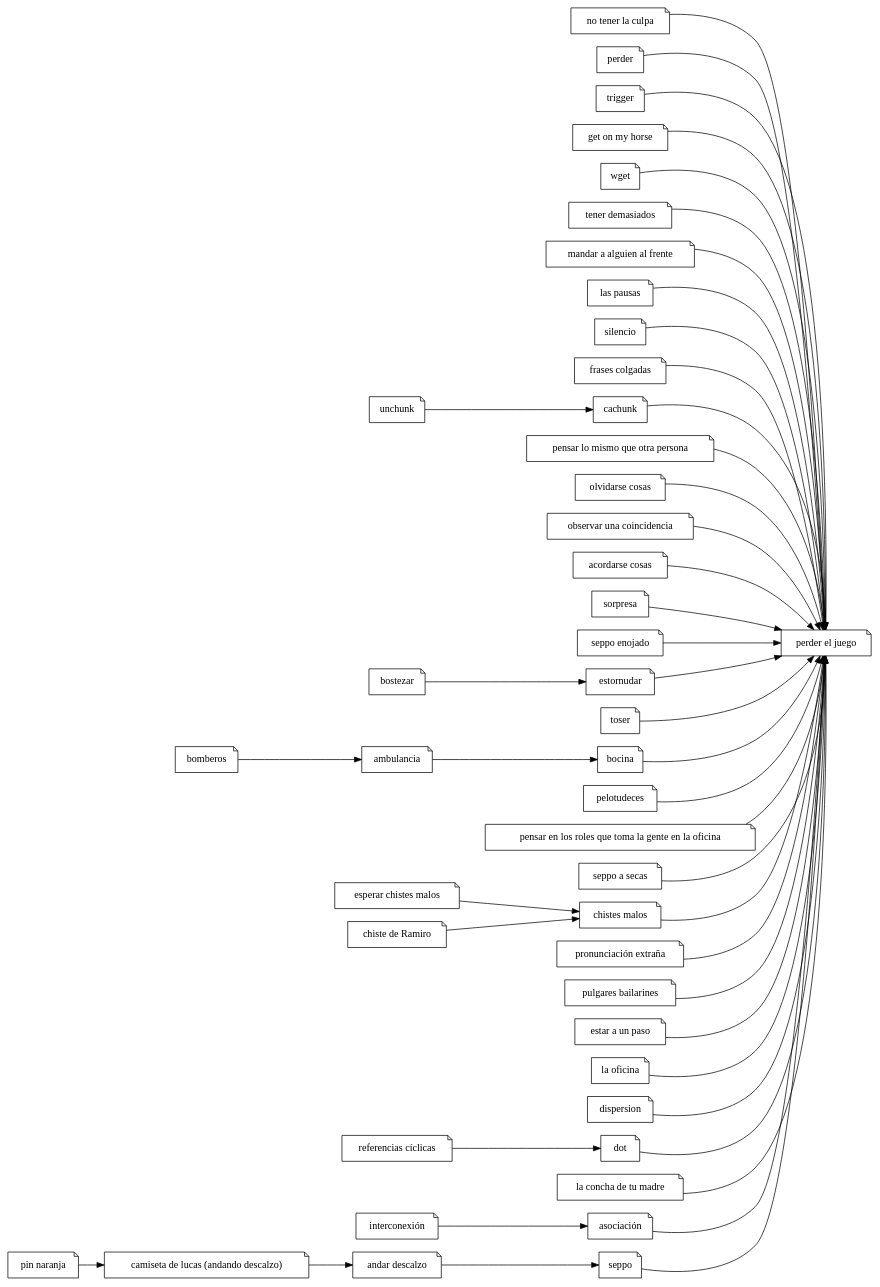
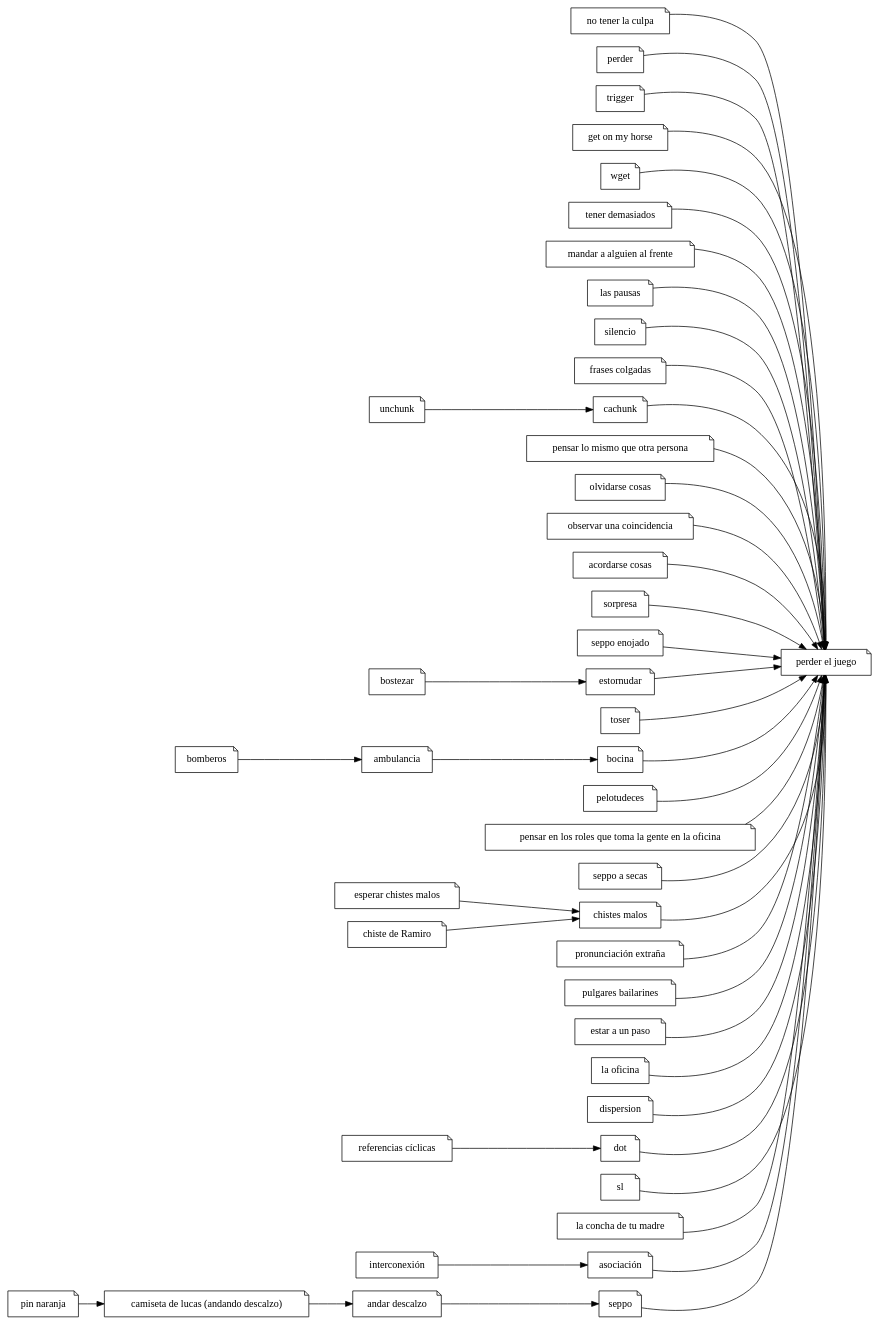
One commit to ramiror/ilostthegame changed the diagram in ilostthegame.dot. Above: the diagram before and after it, drawn with Graphviz. The commit also changed 1 other file, not shown here.

```diff
--- a/ilostthegame.dot
+++ b/ilostthegame.dot
@@ -1,94 +1,96 @@
 digraph
 {
 	rankdir="LR"
 	node [shape="note"]
 
 	pej [label="perder el juego"]
 	"no tener la culpa"
 	"perder"
 	"trigger"
 	"get on my horse"
 	"wget"
 	"tener demasiados"
 	"mandar a alguien al frente"
 	"las pausas"
 	"silencio"
 	"frases colgadas"
 	"cachunk"
 	"pensar lo mismo que otra persona"
 	"olvidarse cosas"
 	"observar una coincidencia"
 	"acordarse cosas"
 	"sorpresa"
 	"seppo enojado"
 	"estornudar"
 	"toser"
 	"bocina"
 	"pelotudeces"
 	roles [label="pensar en los roles que toma la gente en la oficina"]
 	"seppo a secas"
 	"bostezar"
 	"chistes malos"
 	pe [label="pronunciación extraña"]
 	"pulgares bailarines"
 	"estar a un paso"
 	"la oficina"
 	"dispersion"
 	"ambulancia"
 	"esperar chistes malos"
 	"chiste de Ramiro"
 	"unchunk"
 	"andar descalzo"
 	"pin naranja" 
 	"dot"
+	"sl"
 	rc [label="referencias cíclicas"]
 	camiseta [label="camiseta de lucas (andando descalzo)"]
 	lcdtm [label="la concha de tu madre"]
 	bomberos
 	int [label="interconexión"]
 	asoc [label="asociación"]
 
 	"perder"                           -> pej
 	"no tener la culpa"                -> pej
 	"trigger"                          -> pej
 	"get on my horse"                  -> pej
 	"wget"                             -> pej
 	"tener demasiados"                 -> pej
 	"mandar a alguien al frente"       -> pej
 	"las pausas"                       -> pej
 	"silencio"                         -> pej
 	"frases colgadas"                  -> pej
 	"cachunk"                          -> pej
 	"pensar lo mismo que otra persona" -> pej
 	"olvidarse cosas"                  -> pej
 	"observar una coincidencia"        -> pej
 	"acordarse cosas"                  -> pej
 	"sorpresa"                         -> pej
 	"seppo enojado"                    -> pej
 	"estornudar"                       -> pej
 	"toser"                            -> pej
 	"bocina"                           -> pej
 	"pelotudeces"                      -> pej
 	roles -> pej
 	"seppo a secas"                    -> pej
 	"chistes malos"                    -> pej
 	pe                                 -> pej
 	"pulgares bailarines"              -> pej
 	"estar a un paso"                  -> pej
 	"la oficina"                       -> pej
 	"dispersion"                       -> pej
 	"seppo"                            -> pej
 	lcdtm                              -> pej
 	asoc                               -> pej
 	dot                                -> pej
+	sl                                 -> pej
 
 	bomberos -> "ambulancia" -> "bocina"
 	"esperar chistes malos" -> "chistes malos"
 	"chiste de Ramiro" -> "chistes malos"
 	"unchunk" -> "cachunk"
 	"andar descalzo" -> "seppo"
 	"pin naranja" -> camiseta -> "andar descalzo"
 	int -> asoc
 	"bostezar" -> estornudar
 	rc ->dot
 }
```
